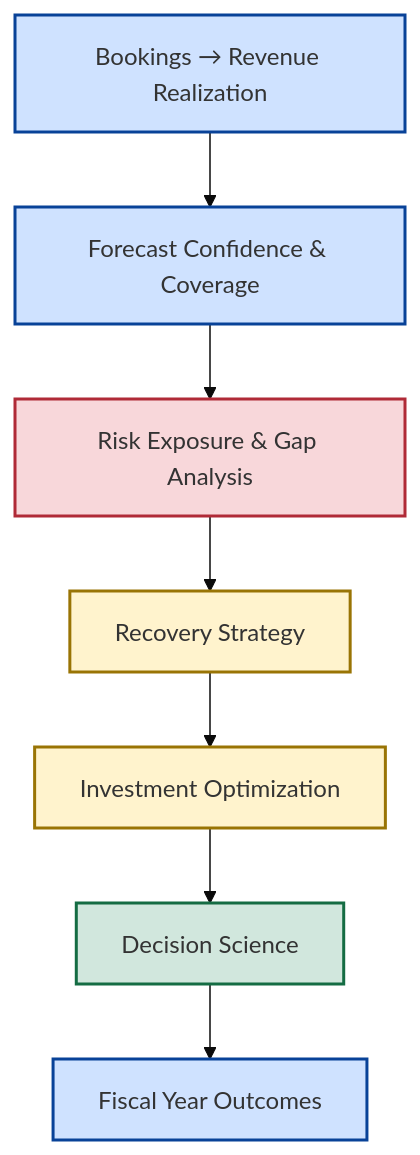
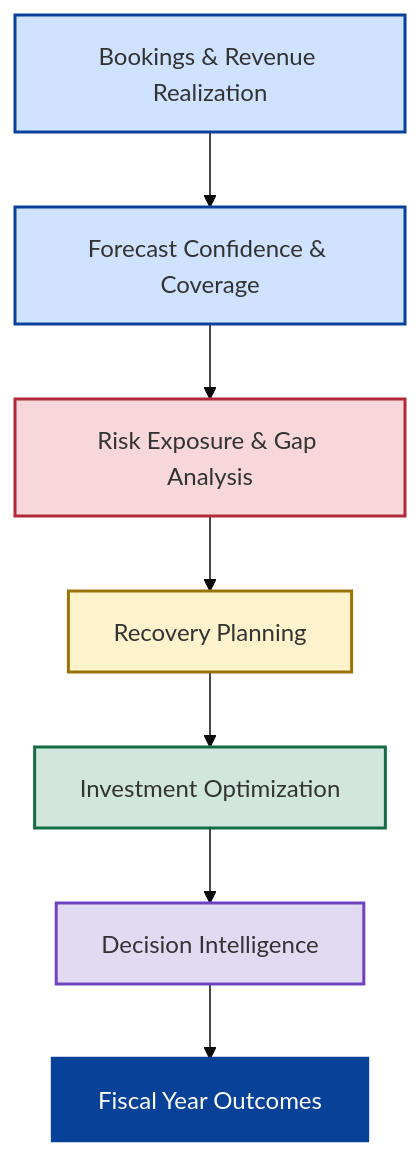
One commit to AwesomeAnil/newbridge-saas-operating-system changed the second of 4 diagrams in README.md. Above: the diagram before and after it, drawn with Mermaid (base theme). The commit also changed other lines of this file and 1 other file, not shown here.

````diff
--- a/README.md
+++ b/README.md
@@ -60,29 +132,31 @@
 ```mermaid
 flowchart TD
 
-    A["Bookings → Revenue Realization"]
+A["Bookings & Revenue Realization"]
 
-    --> B["Forecast Confidence & Coverage"]
+--> B["Forecast Confidence & Coverage"]
 
-    --> C["Risk Exposure & Gap Analysis"]
+--> C["Risk Exposure & Gap Analysis"]
 
-    --> D["Recovery Strategy"]
+--> D["Recovery Planning"]
 
-    --> E["Investment Optimization"]
+--> E["Investment Optimization"]
 
-    --> F["Decision Science"]
+--> F["Decision Intelligence"]
 
-    --> G["Fiscal Year Outcomes"]
+--> G["Fiscal Year Outcomes"]
 
-    style A fill:#cfe2ff,stroke:#084298,stroke-width:2px
-    style B fill:#cfe2ff,stroke:#084298,stroke-width:2px
+style A fill:#cfe2ff,stroke:#084298,stroke-width:2px
 
-    style C fill:#f8d7da,stroke:#b02a37,stroke-width:2px
+style B fill:#cfe2ff,stroke:#084298,stroke-width:2px
 
-    style D fill:#fff3cd,stroke:#997404,stroke-width:2px
-    style E fill:#fff3cd,stroke:#997404,stroke-width:2px
+style C fill:#f8d7da,stroke:#b02a37,stroke-width:2px
 
-    style F fill:#d1e7dd,stroke:#146c43,stroke-width:2px
+style D fill:#fff3cd,stroke:#997404,stroke-width:2px
 
-    style G fill:#cfe2ff,stroke:#084298,stroke-width:2px
+style E fill:#d1e7dd,stroke:#146c43,stroke-width:2px
+
+style F fill:#e2d9f3,stroke:#6f42c1,stroke-width:2px
+
+style G fill:#084298,color:#ffffff,stroke:#084298,stroke-width:3px
 ```
````
